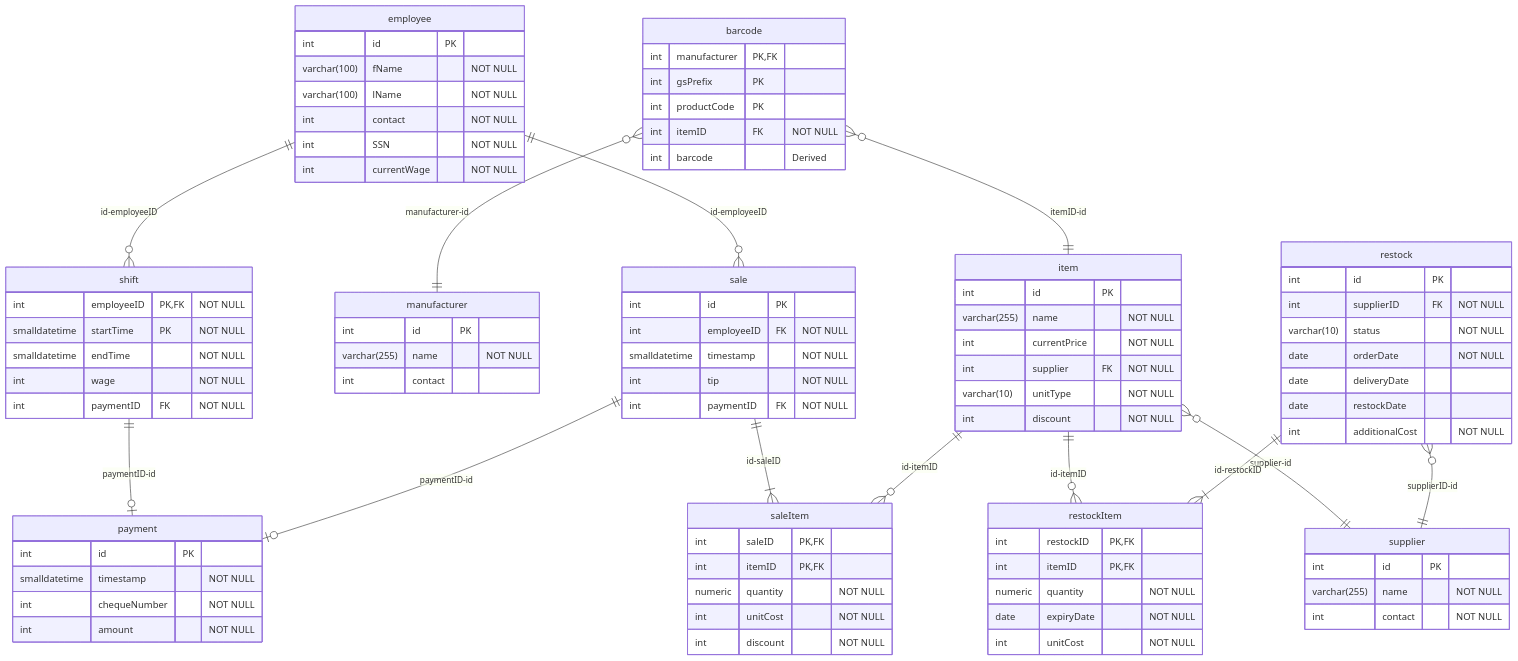
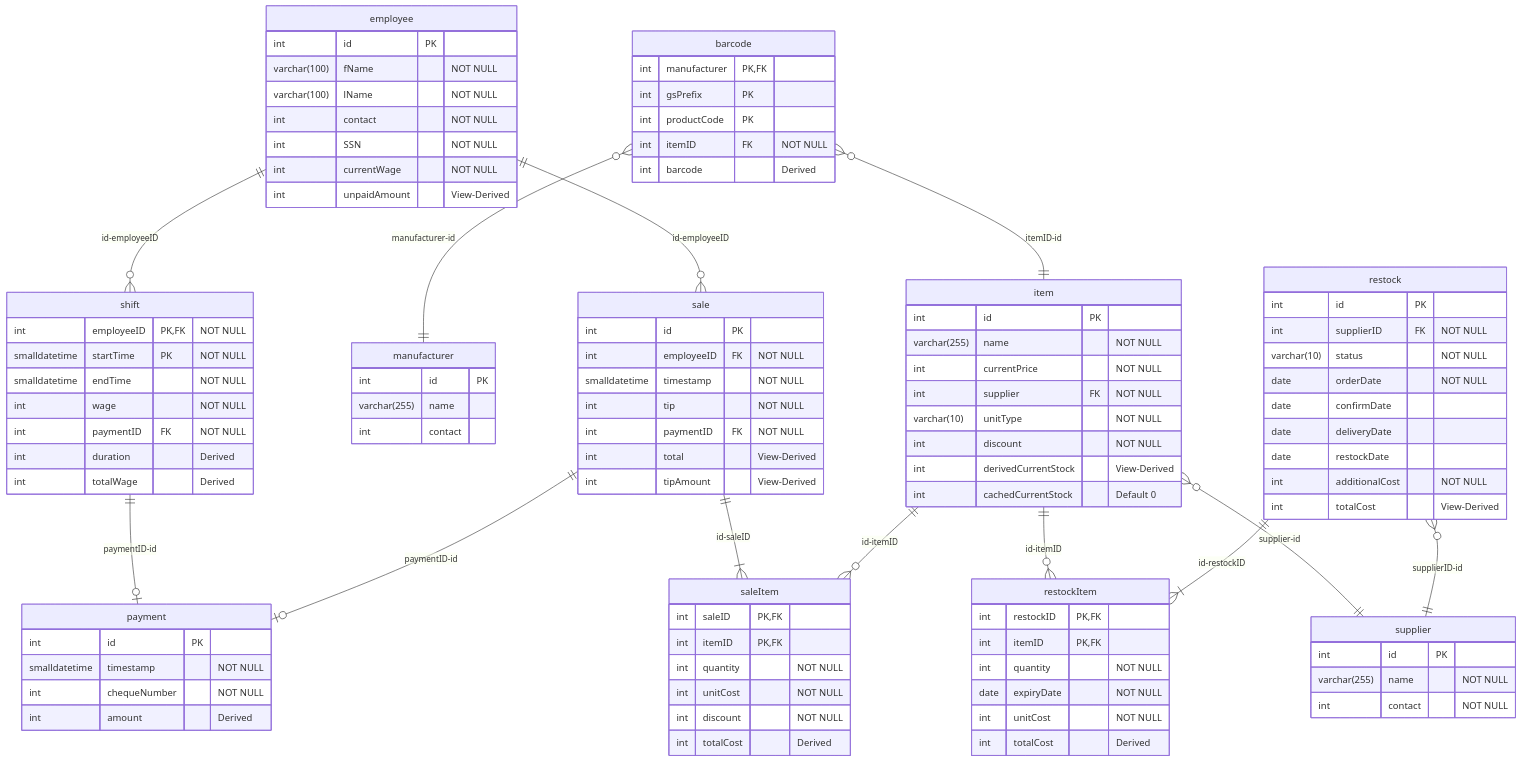
The diagram in CSDS 341 - Intro to Databases/Project/ER Diagram.md (tnichols217/notes), drawn with Mermaid before and after one commit. The commit also changed 5 other files, not shown here.

```diff
--- a/CSDS 341 - Intro to Databases/Project/ER Diagram.md
+++ b/CSDS 341 - Intro to Databases/Project/ER Diagram.md
@@ -14,10 +14,12 @@
 		int supplier FK "NOT NULL"
 		varchar(10) unitType "NOT NULL"
 		int discount "NOT NULL"
+		int derivedCurrentStock "View-Derived"
+		int cachedCurrentStock "Default 0"
 	}
 	manufacturer {
 		int id PK
-		varchar(255) name "NOT NULL"
+		varchar(255) name
 		int contact
 	}
 	supplier {
@@ -32,6 +34,7 @@
 		int contact "NOT NULL"
 		int SSN "NOT NULL"
 		int currentWage "NOT NULL"
+		int unpaidAmount "View-Derived"
 	}
 	sale {
 		int id PK
@@ -39,6 +42,8 @@
 		smalldatetime timestamp "NOT NULL"
 		int tip "NOT NULL"
 		int paymentID FK "NOT NULL"
+		int total "View-Derived"
+		int tipAmount "View-Derived"
 	}
 	shift {
 		int employeeID PK,FK "NOT NULL"
@@ -46,35 +51,41 @@
 		smalldatetime endTime "NOT NULL"
 		int wage "NOT NULL"
 		int paymentID FK "NOT NULL"
+		int duration "Derived"
+		int totalWage "Derived"
 	}
 	payment {
 		int id PK
 		smalldatetime timestamp "NOT NULL"
 		int chequeNumber "NOT NULL"
-		int amount "NOT NULL"
+		int amount "Derived"
 	}
 	saleItem {
 		int saleID PK,FK
 		int itemID PK,FK
-		numeric quantity "NOT NULL"
+		int quantity "NOT NULL"
 		int unitCost "NOT NULL"
 		int discount "NOT NULL"
+		int totalCost "Derived"
 	}
 	restock {
 		int id PK
 		int supplierID FK "NOT NULL"
 		varchar(10) status "NOT NULL"
 		date orderDate "NOT NULL"
+		date confirmDate
 		date deliveryDate
 		date restockDate
 		int additionalCost "NOT NULL"
+		int totalCost "View-Derived"
 	}
 	restockItem {
 		int restockID PK,FK
 		int itemID PK,FK
-		numeric quantity "NOT NULL"
+		int quantity "NOT NULL"
 		date expiryDate "NOT NULL"
 		int unitCost "NOT NULL"
+		int totalCost "Derived"
 	}
 	barcode }o--|| manufacturer : "manufacturer-id"
 	barcode }o--|| item : "itemID-id"
```
